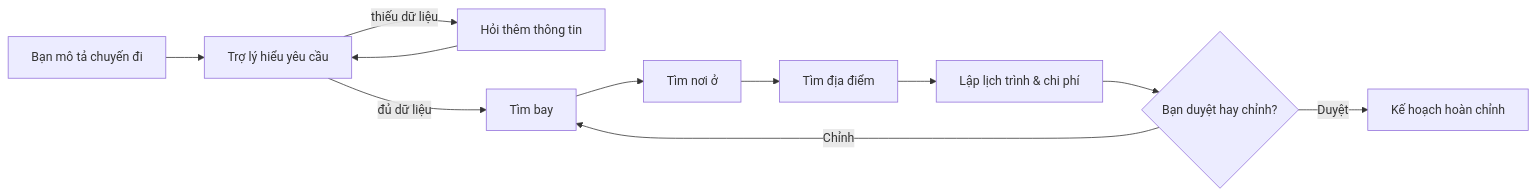
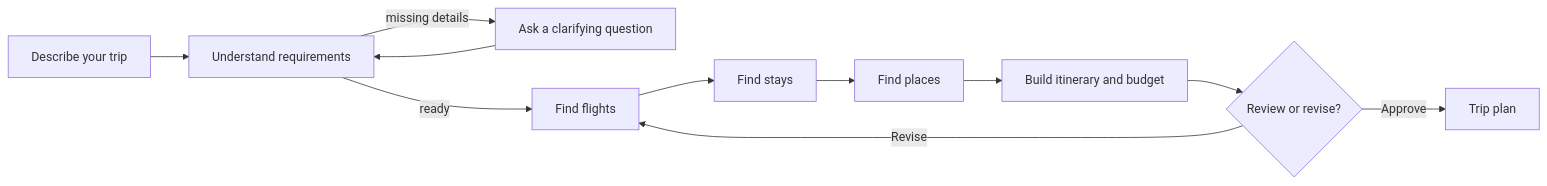
One commit to khanhlinh-jnf/agentic-travel-planner changed the diagram in README.md. Above: the diagram before and after it, drawn with Mermaid. The commit also changed other lines of this file, not shown here.

````diff
--- a/README.md
+++ b/README.md
@@ -21,13 +17,13 @@
 ```mermaid
 flowchart LR
-    A[Bạn mô tả chuyến đi] --> I[Trợ lý hiểu yêu cầu]
-    I -->|thiếu dữ liệu| C[Hỏi thêm thông tin]
+    A[Describe your trip] --> I[Understand requirements]
+    I -->|missing details| C[Ask a clarifying question]
     C --> I
-    I -->|đủ dữ liệu| F[Tìm bay]
-    F --> H[Tìm nơi ở]
-    H --> L[Tìm địa điểm]
-    L --> P[Lập lịch trình & chi phí]
-    P --> R{Bạn duyệt hay chỉnh?}
-    R -->|Chỉnh| F
-    R -->|Duyệt| DONE[Kế hoạch hoàn chỉnh]
+    I -->|ready| F[Find flights]
+    F --> H[Find stays]
+    H --> L[Find places]
+    L --> P[Build itinerary and budget]
+    P --> R{Review or revise?}
+    R -->|Revise| F
+    R -->|Approve| DONE[Trip plan]
 ```
````
